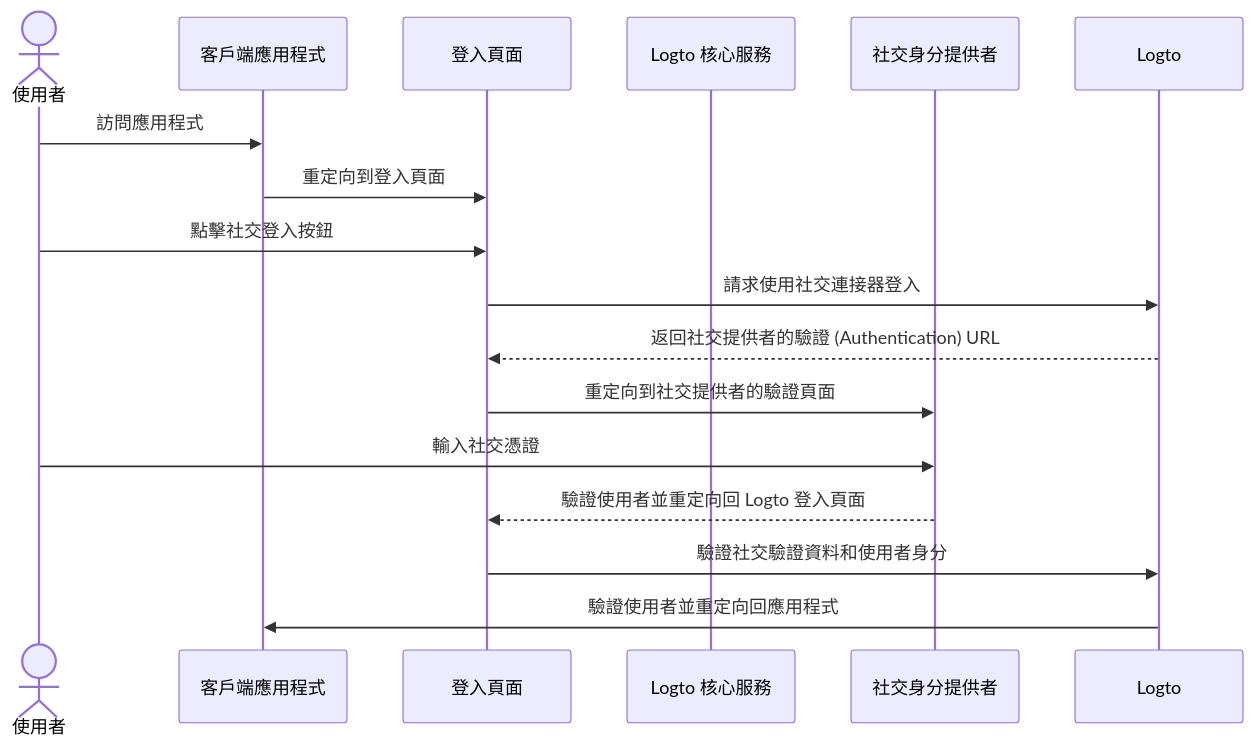
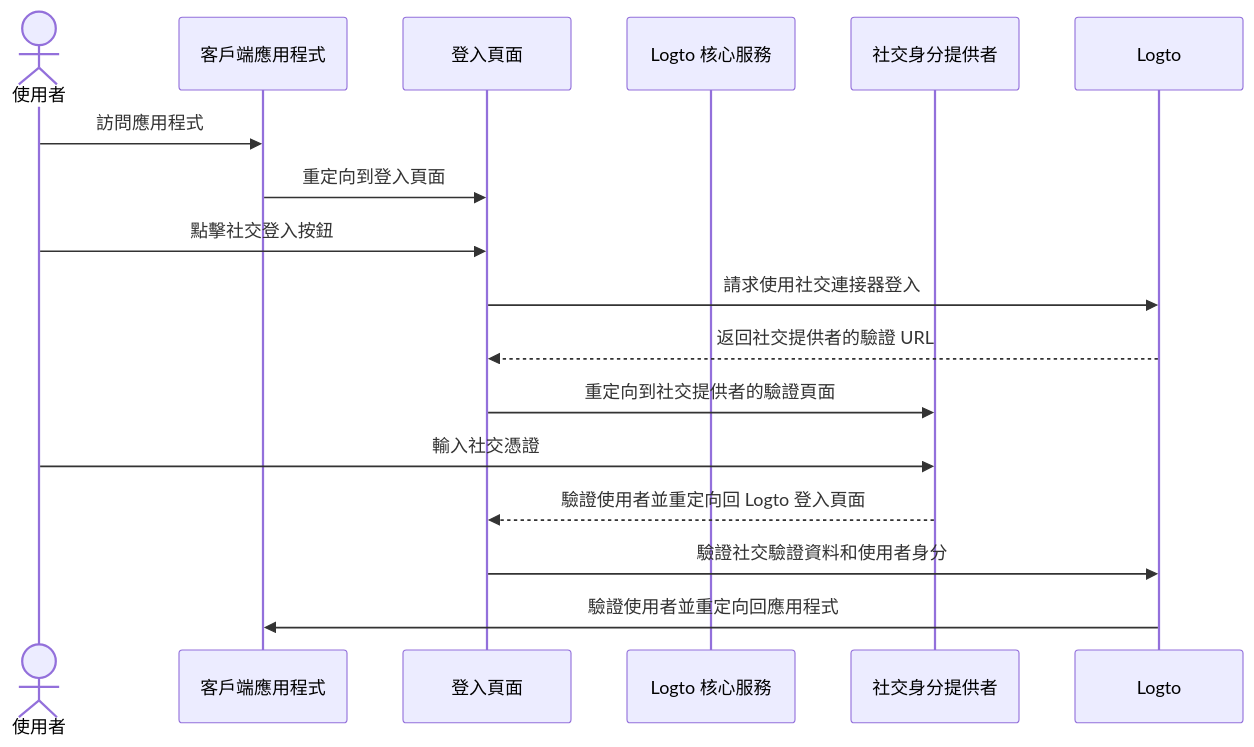
The first of 6 diagrams in i18n/zh-TW/docusaurus-plugin-content-docs/current/end-user-flows/sign-up-and-sign-in/social-sign-in.mdx (logto-io/docs), drawn with Mermaid before and after one commit. The commit also changed other lines of this file and 407 other files, not shown here.

````diff
--- a/i18n/zh-TW/docusaurus-plugin-content-docs/current/end-user-flows/sign-up-and-sign-in/social-sign-in.mdx
+++ b/i18n/zh-TW/docusaurus-plugin-content-docs/current/end-user-flows/sign-up-and-sign-in/social-sign-in.mdx
@@ -36,19 +36,19 @@
 ```mermaid
 sequenceDiagram
     actor user as 使用者
     participant app as 客戶端應用程式
     participant experience as 登入頁面
     participant logto as Logto 核心服務
     participant social as 社交身分提供者
 
     user->>app: 訪問應用程式
     app->>experience: 重定向到登入頁面
     user->>experience: 點擊社交登入按鈕
     experience->>Logto: 請求使用社交連接器登入
-    Logto-->>experience: 返回社交提供者的驗證 (Authentication) URL
+    Logto-->>experience: 返回社交提供者的驗證 URL
     experience->>social: 重定向到社交提供者的驗證頁面
     user->>social: 輸入社交憑證
     social-->>experience: 驗證使用者並重定向回 Logto 登入頁面
     experience->>Logto: 驗證社交驗證資料和使用者身分
     Logto->>app: 驗證使用者並重定向回應用程式
 ```
````
